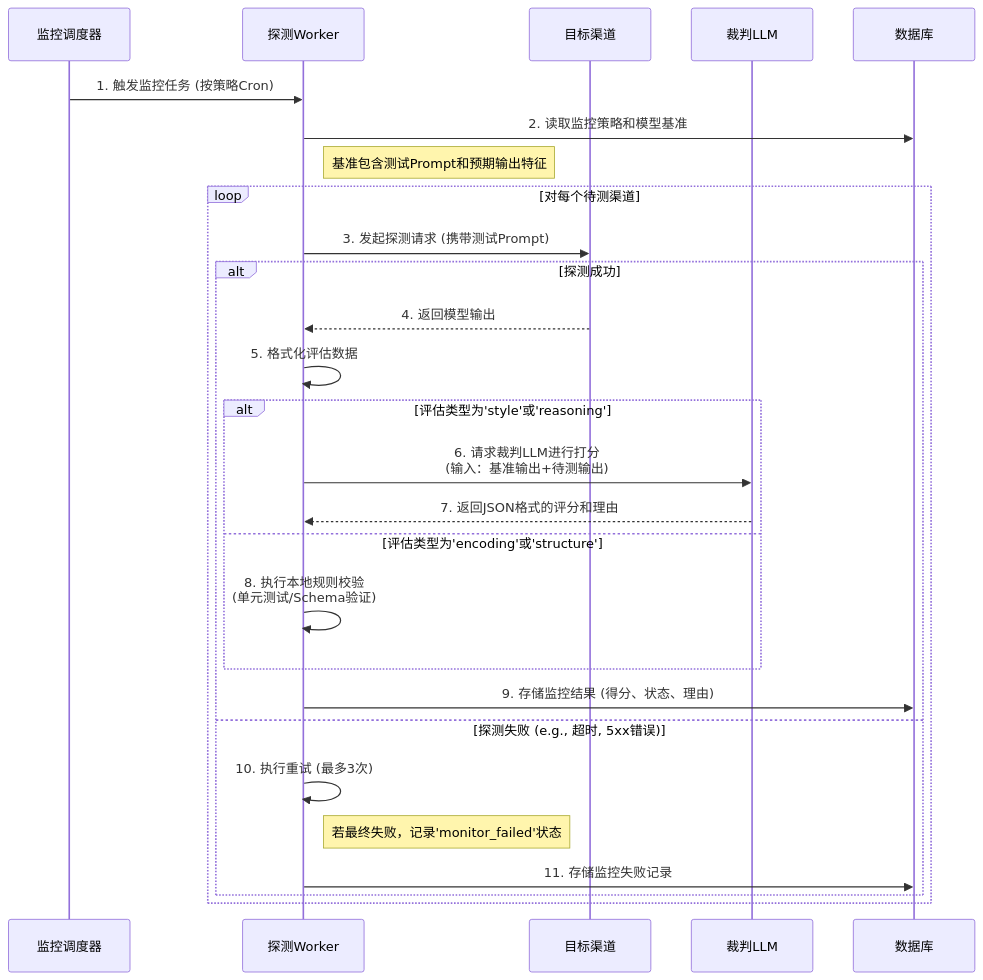
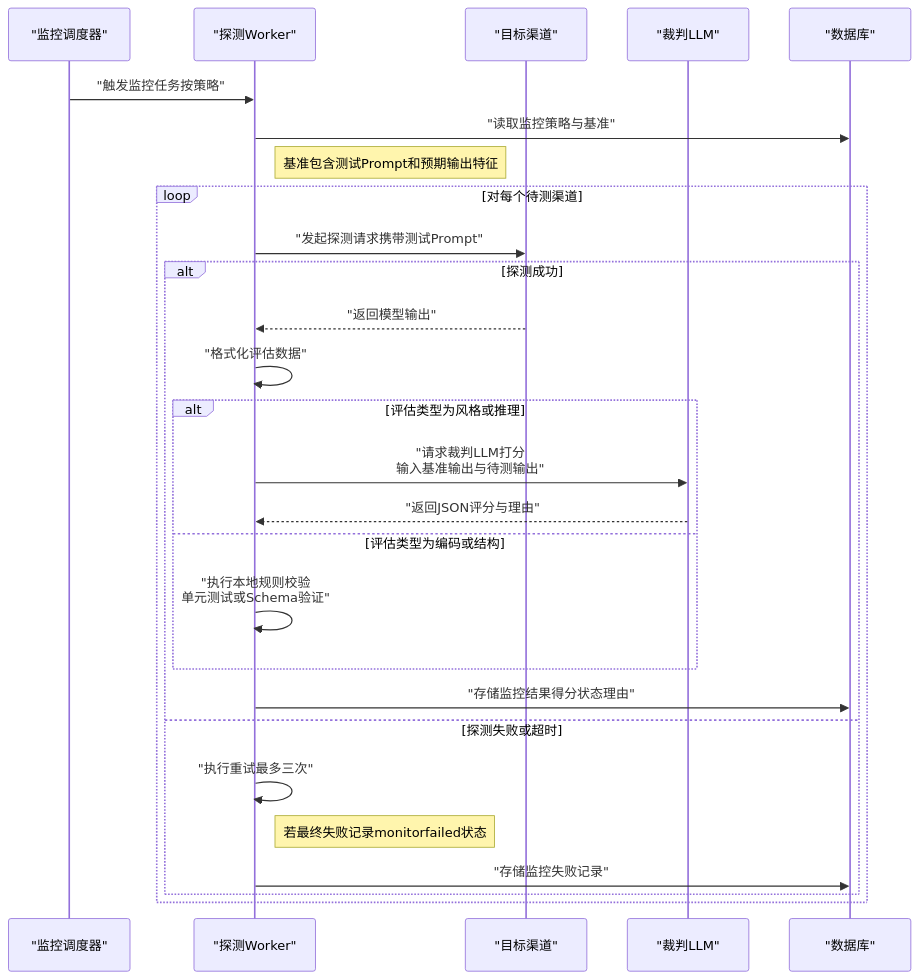
Before and after one commit to WoolenWang/new-api: the second of 2 diagrams in docs/01-P2P共享分组与用户创建渠道的状态信息监控统计与展示.md, drawn with Mermaid. The commit also changed other lines of this file, not shown here.

````diff
--- a/docs/01-P2P共享分组与用户创建渠道的状态信息监控统计与展示.md
+++ b/docs/01-P2P共享分组与用户创建渠道的状态信息监控统计与展示.md
@@ -196,34 +205,34 @@
 ```mermaid
 sequenceDiagram
-    participant Scheduler as 监控调度器
-    participant MonitorWorker as 探测Worker
-    participant TargetChannel as 目标渠道
-    participant JudgeLLM as 裁判LLM
-    participant DB as 数据库
+    participant Scheduler as "监控调度器"
+    participant MonitorWorker as "探测Worker"
+    participant TargetChannel as "目标渠道"
+    participant JudgeLLM as "裁判LLM"
+    participant DB as "数据库"
 
-    Scheduler->>MonitorWorker: 1. 触发监控任务 (按策略Cron)
-    MonitorWorker->>DB: 2. 读取监控策略和模型基准
+    Scheduler->>MonitorWorker:"触发监控任务按策略"
+    MonitorWorker->>DB:"读取监控策略与基准"
     Note right of MonitorWorker: 基准包含测试Prompt和预期输出特征
 
     loop 对每个待测渠道
-        MonitorWorker->>TargetChannel: 3. 发起探测请求 (携带测试Prompt)
+        MonitorWorker->>TargetChannel:"发起探测请求携带测试Prompt"
         
         alt 探测成功
-            TargetChannel-->>MonitorWorker: 4. 返回模型输出
-            MonitorWorker->>MonitorWorker: 5. 格式化评估数据
+            TargetChannel-->>MonitorWorker:"返回模型输出"
+            MonitorWorker->>MonitorWorker:"格式化评估数据"
 
-            alt 评估类型为'style'或'reasoning'
-                MonitorWorker->>JudgeLLM: 6. 请求裁判LLM进行打分<br>(输入：基准输出+待测输出)
-                JudgeLLM-->>MonitorWorker: 7. 返回JSON格式的评分和理由
-            else 评估类型为'encoding'或'structure'
-                MonitorWorker->>MonitorWorker: 8. 执行本地规则校验<br>(单元测试/Schema验证)
+            alt 评估类型为风格或推理
+                MonitorWorker->>JudgeLLM:"请求裁判LLM打分<br>输入基准输出与待测输出"
+                JudgeLLM-->>MonitorWorker:"返回JSON评分与理由"
+            else 评估类型为编码或结构
+                MonitorWorker->>MonitorWorker:"执行本地规则校验<br>单元测试或Schema验证"
             end
             
-            MonitorWorker->>DB: 9. 存储监控结果 (得分、状态、理由)
-        else 探测失败 (e.g., 超时, 5xx错误)
-            MonitorWorker->>MonitorWorker: 10. 执行重试 (最多3次)
-            Note right of MonitorWorker: 若最终失败，记录'monitor_failed'状态
-            MonitorWorker->>DB: 11. 存储监控失败记录
+            MonitorWorker->>DB:"存储监控结果得分状态理由"
+        else 探测失败或超时
+            MonitorWorker->>MonitorWorker:"执行重试最多三次"
+            Note right of MonitorWorker: 若最终失败记录monitorfailed状态
+            MonitorWorker->>DB:"存储监控失败记录"
         end
     end
 ```
````
